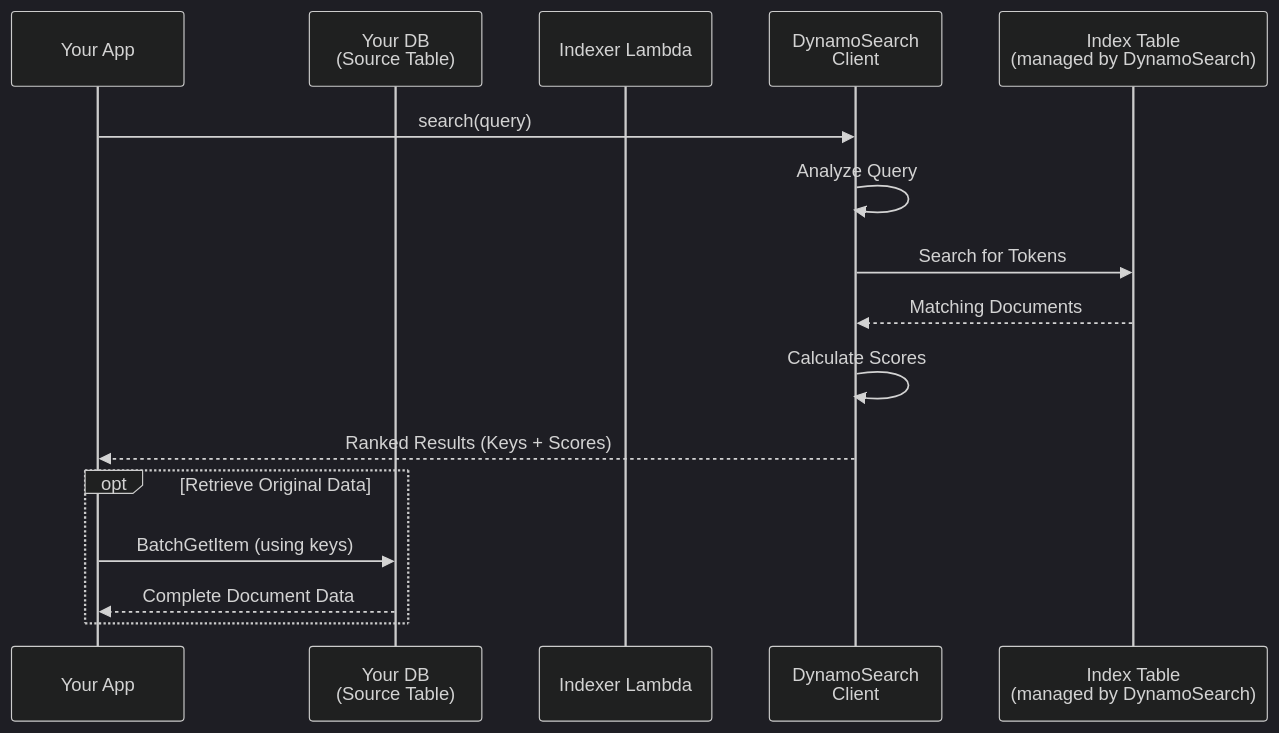
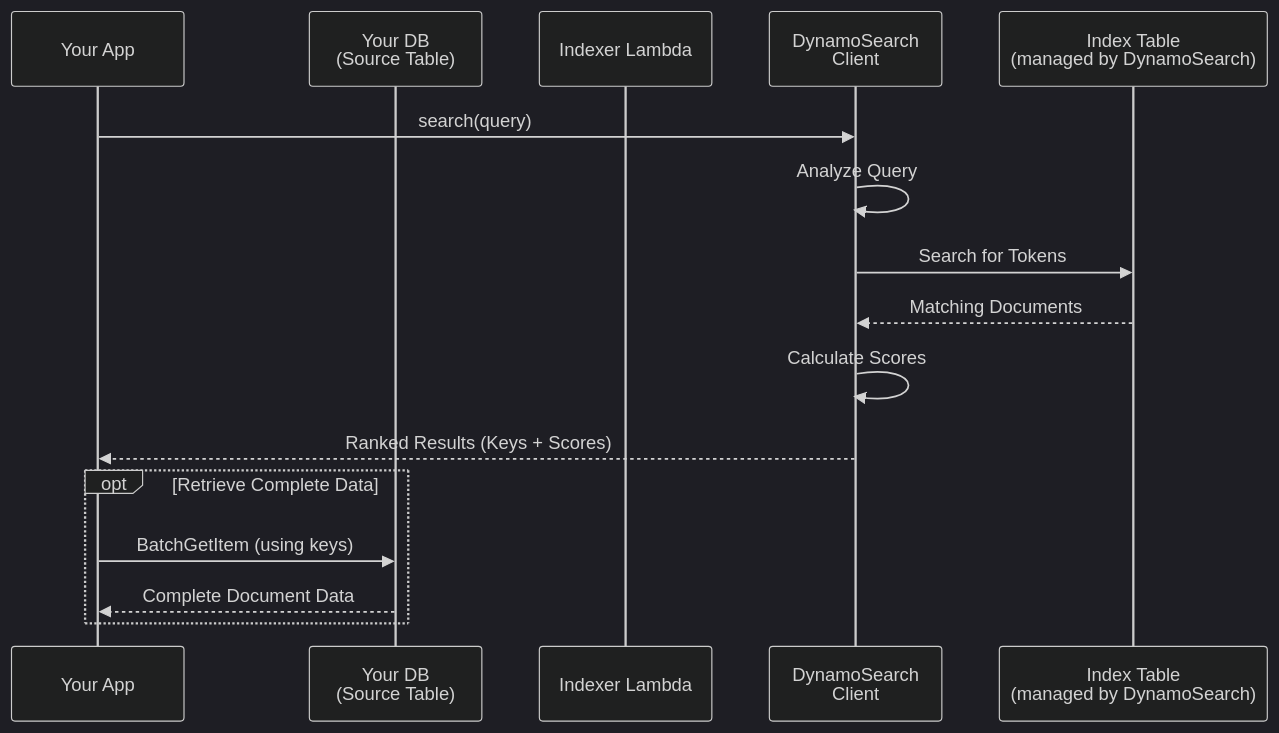
The second of 2 diagrams in docs/guide/how-it-works.md (maruyamaworks/dynamosearch), drawn with Mermaid (dark theme) before and after one commit. The commit also changed other lines of this file and 3 other files, not shown here.

````diff
--- a/docs/guide/how-it-works.md
+++ b/docs/guide/how-it-works.md
@@ -29,20 +29,20 @@
 ```mermaid
 sequenceDiagram
     participant App as Your App
     participant DB as Your DB<br/>(Source Table)
     participant Lambda as Indexer Lambda
     participant Client as DynamoSearch<br/>Client
     participant Index as Index Table<br/>(managed by DynamoSearch)
 
     App->>Client: search(query)
     Client->>Client: Analyze Query
     Client->>Index: Search for Tokens
     Index-->>Client: Matching Documents
     Client->>Client: Calculate Scores
     Client-->>App: Ranked Results (Keys + Scores)
 
-    opt Retrieve Original Data
+    opt Retrieve Complete Data
         App->>DB: BatchGetItem (using keys)
         DB-->>App: Complete Document Data
     end
 ```
````
